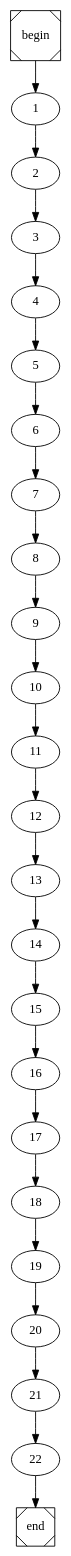
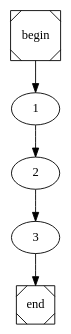
One commit to arubenruben/JMM-Compiler changed the diagram in sum.dot. Above: the diagram before and after it, drawn with Graphviz. The commit also changed 6 other files, not shown here.

```diff
--- a/sum.dot
+++ b/sum.dot
@@ -1,4 +1,4 @@
 digraph cfg {
 	begin [shape=Msquare];
 	end [shape=Msquare];
-	begin -> 1;	1 -> 2;	2 -> 3;	3 -> 4;	4 -> 5;	5 -> 6;	6 -> 7;	7 -> 8;	8 -> 9;	9 -> 10;	10 -> 11;	11 -> 12;	12 -> 13;	13 -> 14;	14 -> 15;	15 -> 16;	16 -> 17;	17 -> 18;	18 -> 19;	19 -> 20;	20 -> 21;	21 -> 22;	22 -> end;}
+	begin -> 1;	1 -> 2;	2 -> 3;	3 -> end;}
```
